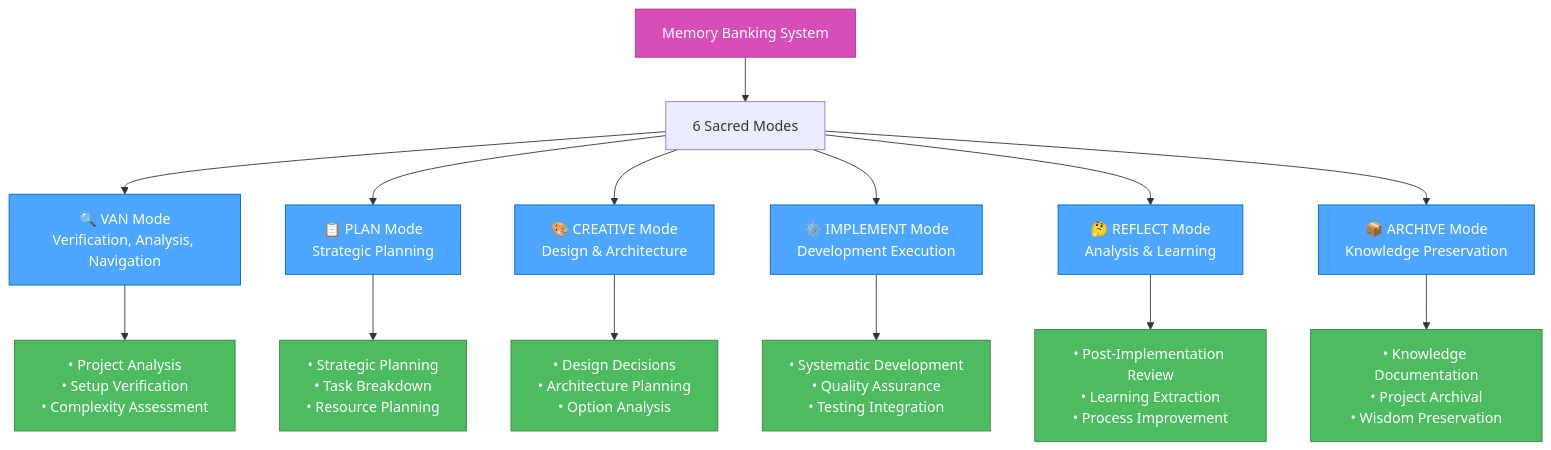
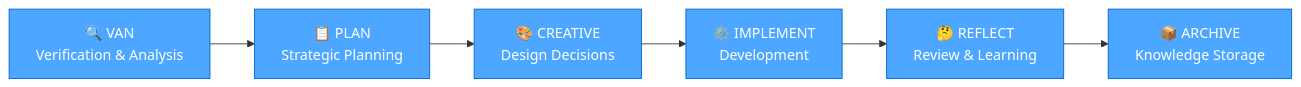
The fifth of 8 diagrams in README.md (giang6283623/cursor-tip), drawn with Mermaid before and after one commit. The commit also changed other lines of this file and 104 other files, not shown here.

````diff
--- a/README.md
+++ b/README.md
@@ -162,25 +258,11 @@
 ```mermaid
-graph TD
-    MemoryBank[Memory Banking System] --> Modes[6 Sacred Modes]
-    Modes --> VAN[🔍 VAN Mode<br/>Verification, Analysis, Navigation]
-    Modes --> PLAN[📋 PLAN Mode<br/>Strategic Planning]
-    Modes --> CREATIVE[🎨 CREATIVE Mode<br/>Design & Architecture]
-    Modes --> IMPLEMENT[⚙️ IMPLEMENT Mode<br/>Development Execution]
-    Modes --> REFLECT[🤔 REFLECT Mode<br/>Analysis & Learning]
-    Modes --> ARCHIVE[📦 ARCHIVE Mode<br/>Knowledge Preservation]
-
-    VAN --> VanFeatures[• Project Analysis<br/>• Setup Verification<br/>• Complexity Assessment]
-    PLAN --> PlanFeatures[• Strategic Planning<br/>• Task Breakdown<br/>• Resource Planning]
-    CREATIVE --> CreativeFeatures[• Design Decisions<br/>• Architecture Planning<br/>• Option Analysis]
-    IMPLEMENT --> ImplFeatures[• Systematic Development<br/>• Quality Assurance<br/>• Testing Integration]
-    REFLECT --> ReflectFeatures[• Post-Implementation Review<br/>• Learning Extraction<br/>• Process Improvement]
-    ARCHIVE --> ArchiveFeatures[• Knowledge Documentation<br/>• Project Archival<br/>• Wisdom Preservation]
-
-    classDef system fill:#d94dbb,stroke:#a3378a,color:white
+graph LR
+    VAN[🔍 VAN<br/>Verification & Analysis] --> PLAN[📋 PLAN<br/>Strategic Planning]
+    PLAN --> CREATIVE[🎨 CREATIVE<br/>Design Decisions]
+    CREATIVE --> IMPLEMENT[⚙️ IMPLEMENT<br/>Development]
+    IMPLEMENT --> REFLECT[🤔 REFLECT<br/>Review & Learning]
+    REFLECT --> ARCHIVE[📦 ARCHIVE<br/>Knowledge Storage]
+    
     classDef mode fill:#4da6ff,stroke:#0066cc,color:white
-    classDef features fill:#4dbb5f,stroke:#36873f,color:white
-
-    class MemoryBank system
     class VAN,PLAN,CREATIVE,IMPLEMENT,REFLECT,ARCHIVE mode
-    class VanFeatures,PlanFeatures,CreativeFeatures,ImplFeatures,ReflectFeatures,ArchiveFeatures features
 ```
````
